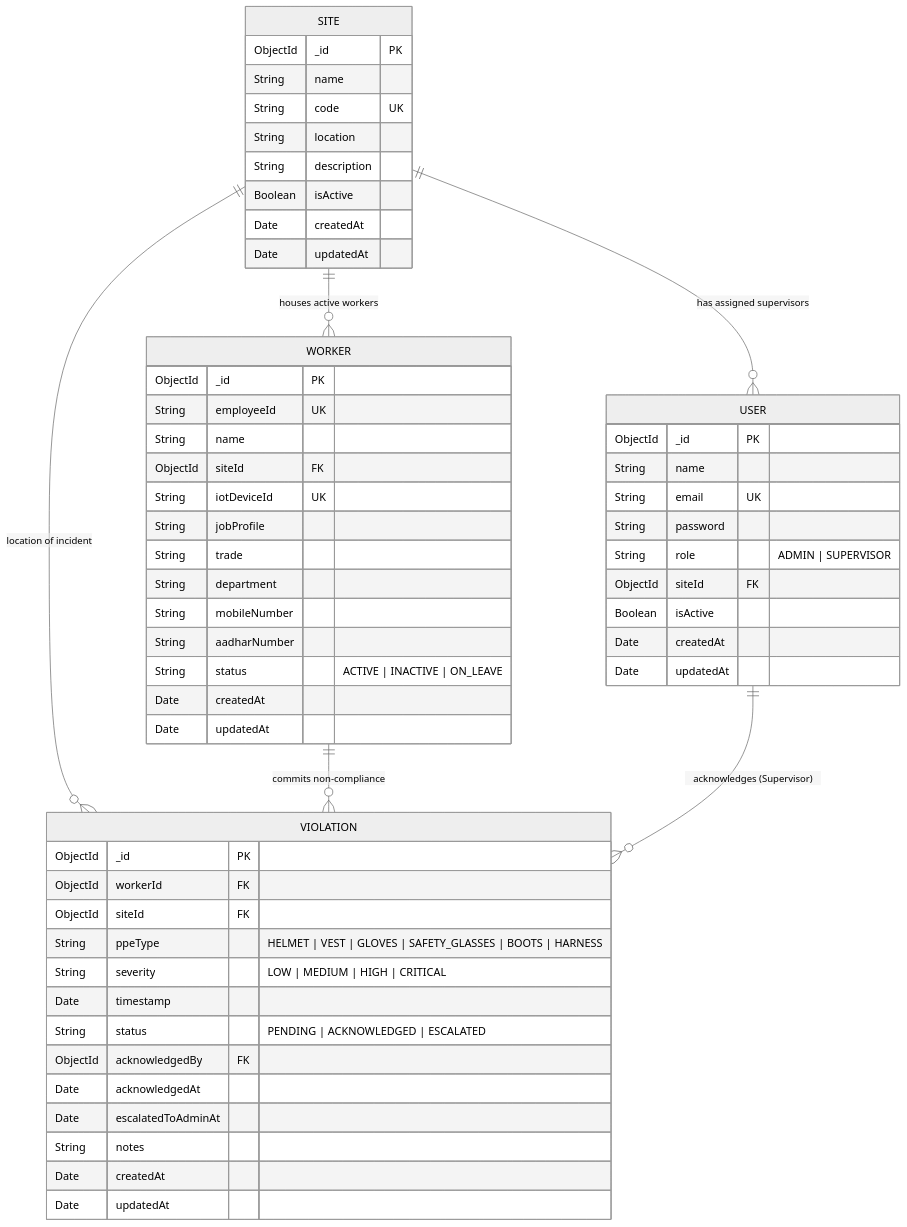
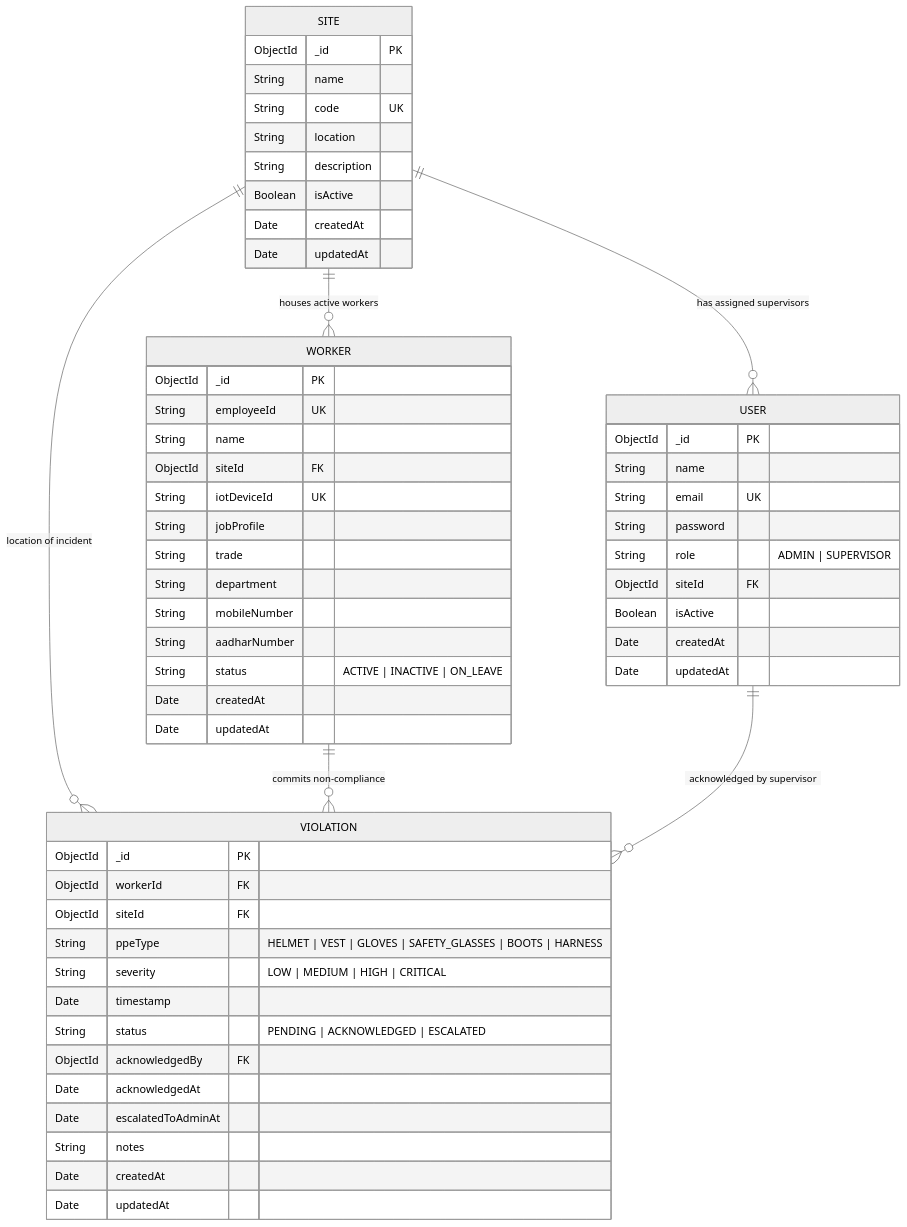
Before and after one commit to ak8006181716/WorkForce-Sentinel: the diagram in docs/DATABASE_SCHEMA.md, drawn with Mermaid (neutral theme). The commit also changed other lines of this file and 9 other files, not shown here.

````diff
--- a/docs/DATABASE_SCHEMA.md
+++ b/docs/DATABASE_SCHEMA.md
@@ -11,63 +9,63 @@
 ```mermaid
 erDiagram
     SITE ||--o{ USER : "has assigned supervisors"
     SITE ||--o{ WORKER : "houses active workers"
     SITE ||--o{ VIOLATION : "location of incident"
     WORKER ||--o{ VIOLATION : "commits non-compliance"
-    USER ||--o{ VIOLATION : "acknowledges (Supervisor)"
+    USER ||--o{ VIOLATION : "acknowledged by supervisor"
 
     SITE {
         ObjectId _id PK
         String name
         String code UK
         String location
         String description
         Boolean isActive
         Date createdAt
         Date updatedAt
     }
 
     USER {
         ObjectId _id PK
         String name
         String email UK
         String password
         String role "ADMIN | SUPERVISOR"
         ObjectId siteId FK
         Boolean isActive
         Date createdAt
         Date updatedAt
     }
 
     WORKER {
         ObjectId _id PK
         String employeeId UK
         String name
         ObjectId siteId FK
         String iotDeviceId UK
         String jobProfile
         String trade
         String department
         String mobileNumber
         String aadharNumber
         String status "ACTIVE | INACTIVE | ON_LEAVE"
         Date createdAt
         Date updatedAt
     }
 
     VIOLATION {
         ObjectId _id PK
         ObjectId workerId FK
         ObjectId siteId FK
         String ppeType "HELMET | VEST | GLOVES | SAFETY_GLASSES | BOOTS | HARNESS"
         String severity "LOW | MEDIUM | HIGH | CRITICAL"
         Date timestamp
         String status "PENDING | ACKNOWLEDGED | ESCALATED"
         ObjectId acknowledgedBy FK
         Date acknowledgedAt
         Date escalatedToAdminAt
         String notes
         Date createdAt
         Date updatedAt
     }
 ```
````
